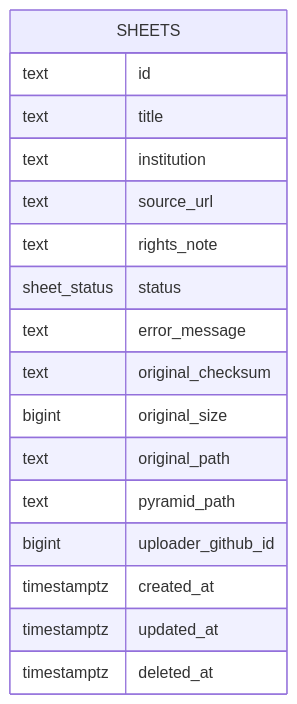
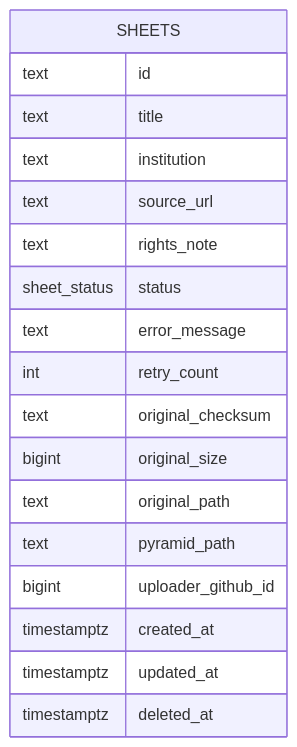
One commit to line-age/georef changed the first of 2 diagrams in docs/model.md. Above: the diagram before and after it, drawn with Mermaid. The commit also changed other lines of this file and 2 other files, not shown here.

First line of the commit message:
docs: IIIF serving flows, full OpenAPI spec, and updated data model

````diff
--- a/docs/model.md
+++ b/docs/model.md
@@ -10,20 +10,21 @@
 ```mermaid
 erDiagram
     SHEETS {
         text        id
         text        title
         text        institution
         text        source_url
         text        rights_note
         sheet_status status
         text        error_message
+        int         retry_count
         text        original_checksum
         bigint      original_size
         text        original_path
         text        pyramid_path
         bigint      uploader_github_id
         timestamptz created_at
         timestamptz updated_at
         timestamptz deleted_at
     }
 ```
````
